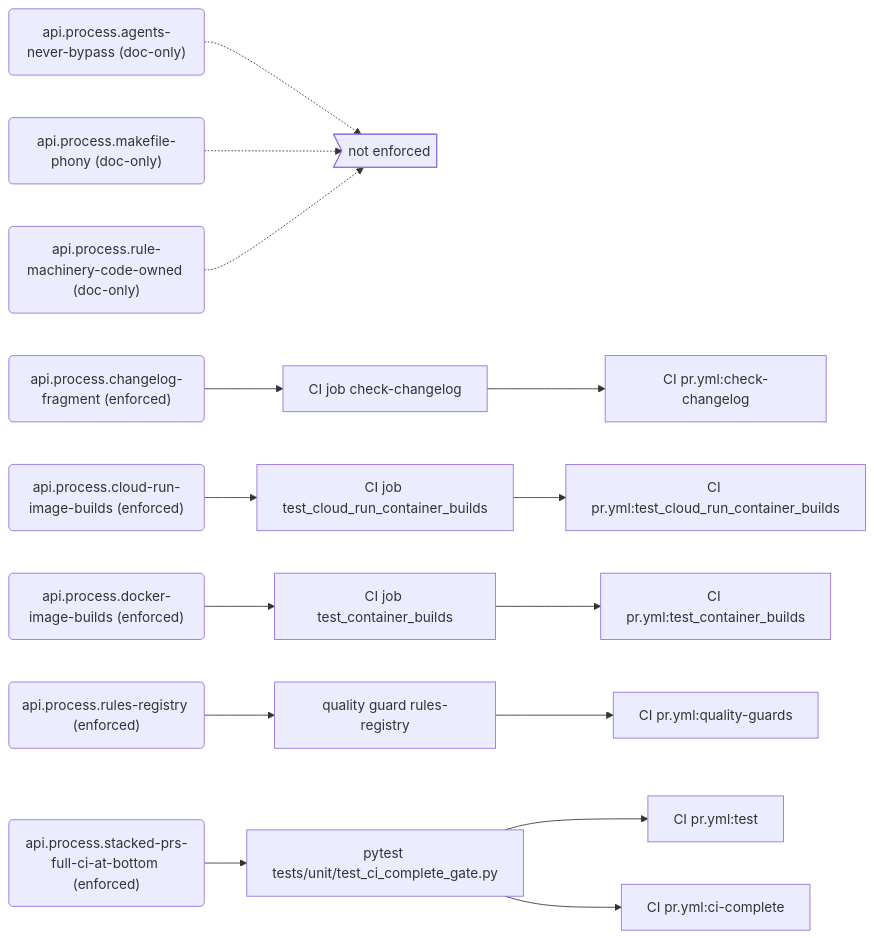
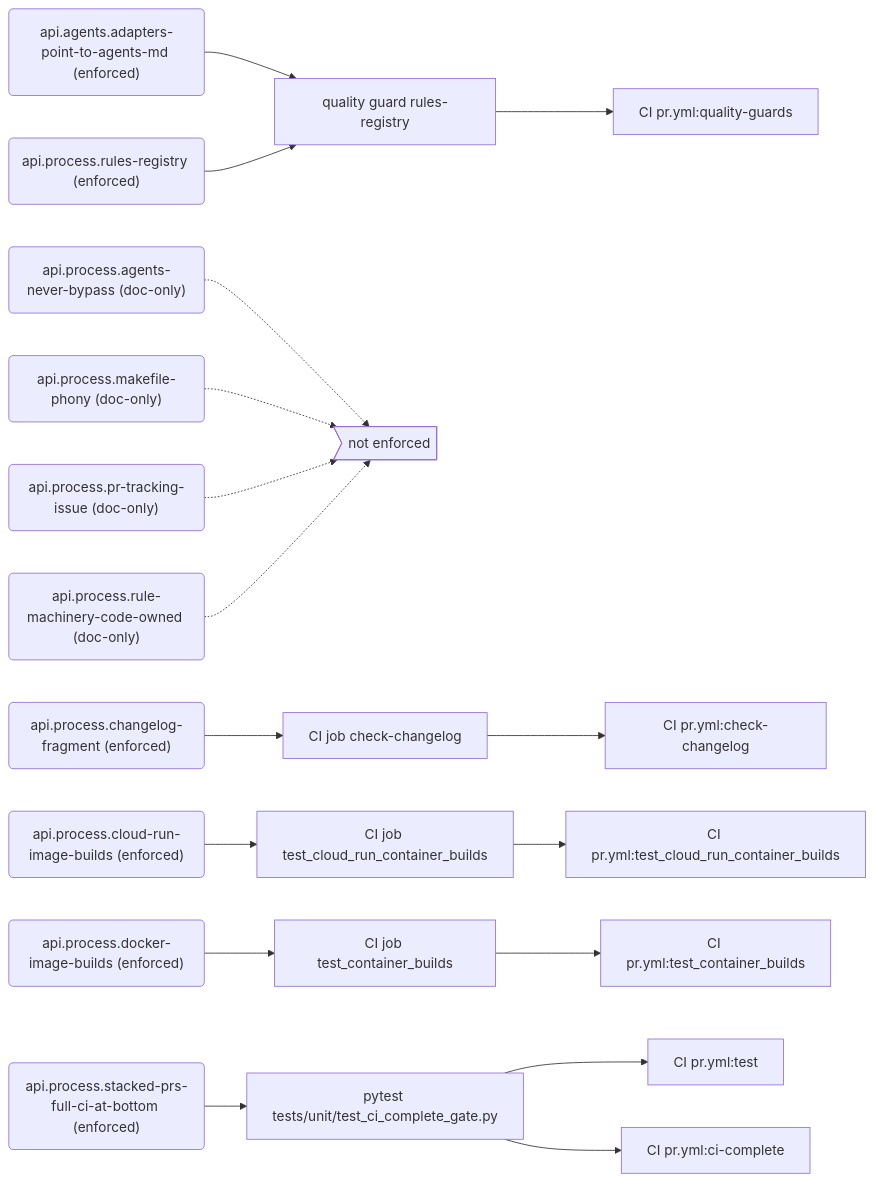
The ninth of 9 diagrams in docs/generated/rules.md (PolicyEngine/policyengine-api), drawn with Mermaid before and after one commit. The commit also changed other lines of this file and 3 other files, not shown here.

First line of the commit message:
Register the agent-adapter, tracking-issue and CI-script rules

````diff
--- a/docs/generated/rules.md
+++ b/docs/generated/rules.md
@@ -336,37 +362,41 @@
 ```mermaid
 flowchart LR
+  r_api_agents_adapters_point_to_agents_md("api.agents.adapters-point-to-agents-md (enforced)")
+  e_quality_guard_rules_registry["quality guard rules-registry"]
+  j_CI_pr_yml_quality_guards["CI pr.yml:quality-guards"]
   r_api_process_agents_never_bypass("api.process.agents-never-bypass (doc-only)")
   gap_unenforced>"not enforced"]
   r_api_process_changelog_fragment("api.process.changelog-fragment (enforced)")
   e_CI_job_check_changelog["CI job check-changelog"]
   j_CI_pr_yml_check_changelog["CI pr.yml:check-changelog"]
   r_api_process_cloud_run_image_builds("api.process.cloud-run-image-builds (enforced)")
   e_CI_job_test_cloud_run_container_builds["CI job test_cloud_run_container_builds"]
   j_CI_pr_yml_test_cloud_run_container_builds["CI pr.yml:test_cloud_run_container_builds"]
   r_api_process_docker_image_builds("api.process.docker-image-builds (enforced)")
   e_CI_job_test_container_builds["CI job test_container_builds"]
   j_CI_pr_yml_test_container_builds["CI pr.yml:test_container_builds"]
   r_api_process_makefile_phony("api.process.makefile-phony (doc-only)")
+  r_api_process_pr_tracking_issue("api.process.pr-tracking-issue (doc-only)")
   r_api_process_rule_machinery_code_owned("api.process.rule-machinery-code-owned (doc-only)")
   r_api_process_rules_registry("api.process.rules-registry (enforced)")
-  e_quality_guard_rules_registry["quality guard rules-registry"]
-  j_CI_pr_yml_quality_guards["CI pr.yml:quality-guards"]
   r_api_process_stacked_prs_full_ci_at_bottom("api.process.stacked-prs-full-ci-at-bottom (enforced)")
   e_pytest_tests_unit_test_ci_complete_gate_py["pytest tests/unit/test_ci_complete_gate.py"]
   j_CI_pr_yml_test["CI pr.yml:test"]
   j_CI_pr_yml_ci_complete["CI pr.yml:ci-complete"]
+  r_api_agents_adapters_point_to_agents_md --> e_quality_guard_rules_registry
+  e_quality_guard_rules_registry --> j_CI_pr_yml_quality_guards
   r_api_process_agents_never_bypass -.-> gap_unenforced
   r_api_process_changelog_fragment --> e_CI_job_check_changelog
   e_CI_job_check_changelog --> j_CI_pr_yml_check_changelog
   r_api_process_cloud_run_image_builds --> e_CI_job_test_cloud_run_container_builds
   e_CI_job_test_cloud_run_container_builds --> j_CI_pr_yml_test_cloud_run_container_builds
   r_api_process_docker_image_builds --> e_CI_job_test_container_builds
   e_CI_job_test_container_builds --> j_CI_pr_yml_test_container_builds
   r_api_process_makefile_phony -.-> gap_unenforced
+  r_api_process_pr_tracking_issue -.-> gap_unenforced
   r_api_process_rule_machinery_code_owned -.-> gap_unenforced
   r_api_process_rules_registry --> e_quality_guard_rules_registry
-  e_quality_guard_rules_registry --> j_CI_pr_yml_quality_guards
   r_api_process_stacked_prs_full_ci_at_bottom --> e_pytest_tests_unit_test_ci_complete_gate_py
   e_pytest_tests_unit_test_ci_complete_gate_py --> j_CI_pr_yml_test
   e_pytest_tests_unit_test_ci_complete_gate_py --> j_CI_pr_yml_ci_complete
 ```
````
